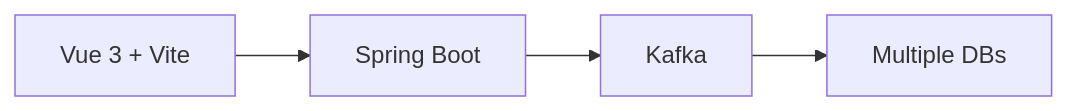
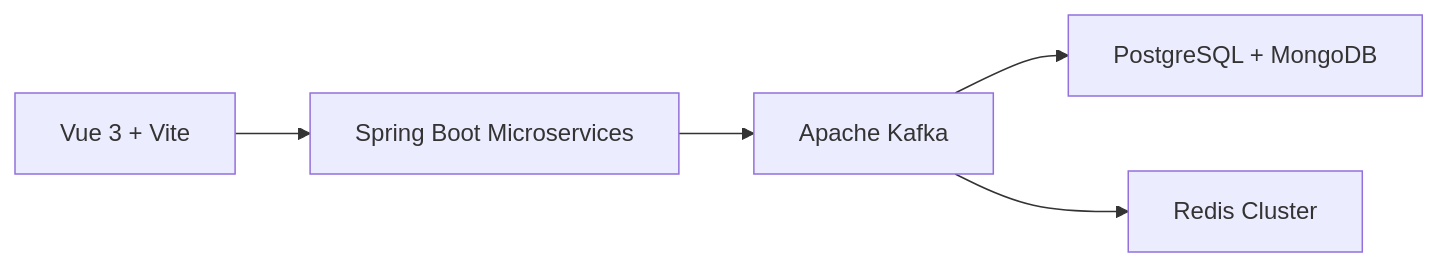
The tenth of 19 diagrams in README.md (mentech93/mentech93), drawn with Mermaid before and after one commit. The commit also changed other lines of this file, not shown here.

````diff
--- a/README.md
+++ b/README.md
@@ -485,6 +627,7 @@
 ```mermaid
 graph LR
-    A[Vue 3 + Vite] --> B[Spring Boot]
-    B --> C[Kafka]
-    C --> D[Multiple DBs]
+    A[Vue 3 + Vite] --> B[Spring Boot Microservices]
+    B --> C[Apache Kafka]
+    C --> D[PostgreSQL + MongoDB]
+    C --> E[Redis Cluster]
 ```
````
